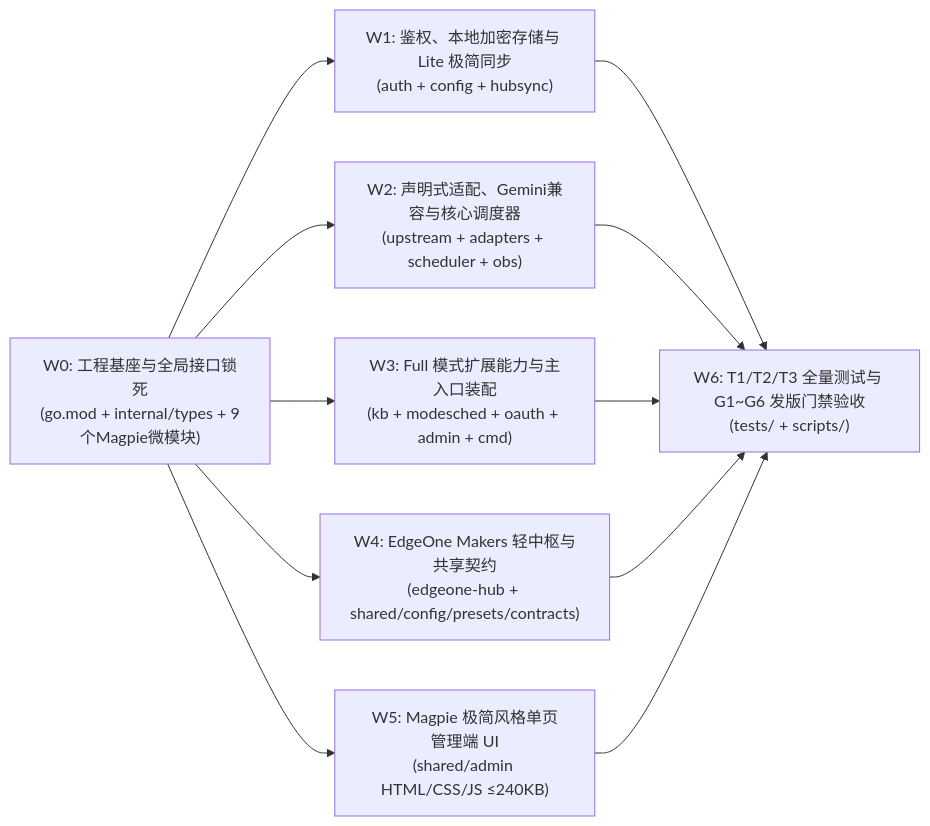
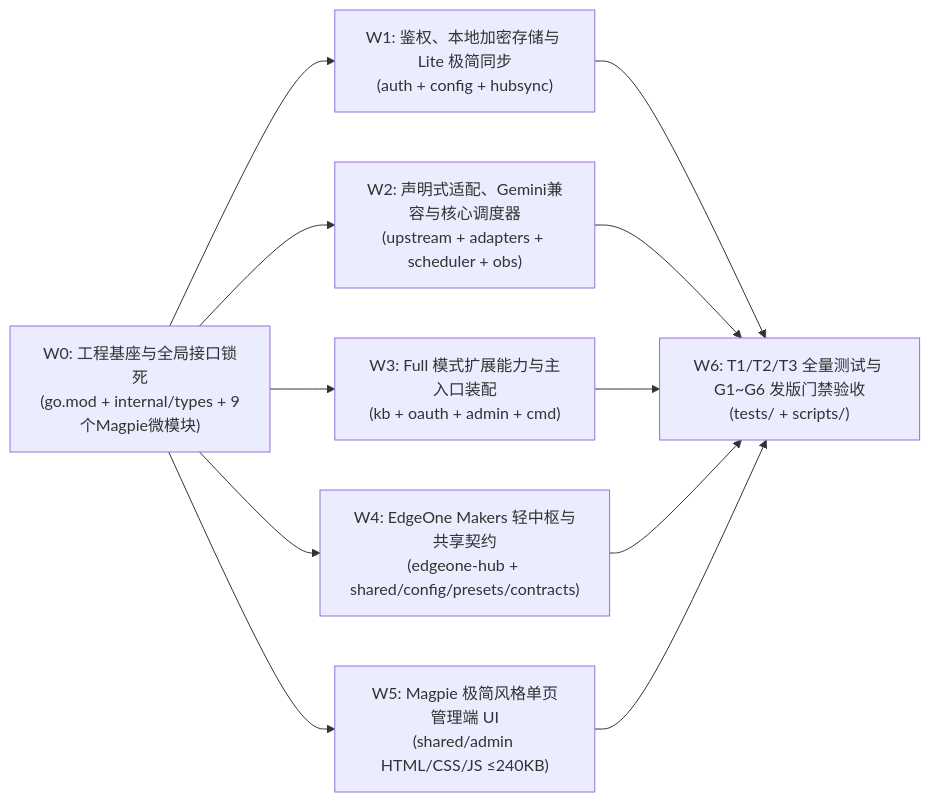
Before and after one commit to khc8655/ocrprox2: the diagram in docs/MULTI_AGENT_BLUEPRINT.md, drawn with Mermaid. The commit also changed other lines of this file and 9 other files, not shown here.

````diff
--- a/docs/MULTI_AGENT_BLUEPRINT.md
+++ b/docs/MULTI_AGENT_BLUEPRINT.md
@@ -267,9 +251,9 @@
 ```mermaid
 flowchart LR
     W0["W0: 工程基座与全局接口锁死\n(go.mod + internal/types + 9个Magpie微模块)"] --> W1["W1: 鉴权、本地加密存储与 Lite 极简同步\n(auth + config + hubsync)"]
     W0 --> W2["W2: 声明式适配、Gemini兼容与核心调度器\n(upstream + adapters + scheduler + obs)"]
-    W0 --> W3["W3: Full 模式扩展能力与主入口装配\n(kb + modesched + oauth + admin + cmd)"]
+    W0 --> W3["W3: Full 模式扩展能力与主入口装配\n(kb + oauth + admin + cmd)"]
     W0 --> W4["W4: EdgeOne Makers 轻中枢与共享契约\n(edgeone-hub + shared/config/presets/contracts)"]
     W0 --> W5["W5: Magpie 极简风格单页管理端 UI\n(shared/admin HTML/CSS/JS ≤240KB)"]
     W1 & W2 & W3 & W4 & W5 --> W6["W6: T1/T2/T3 全量测试与 G1~G6 发版门禁验收\n(tests/ + scripts/)"]
 ```
````
